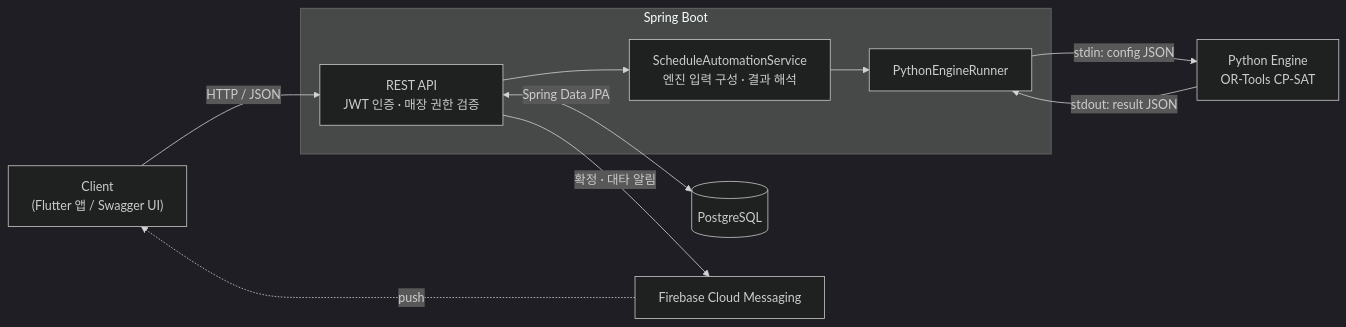
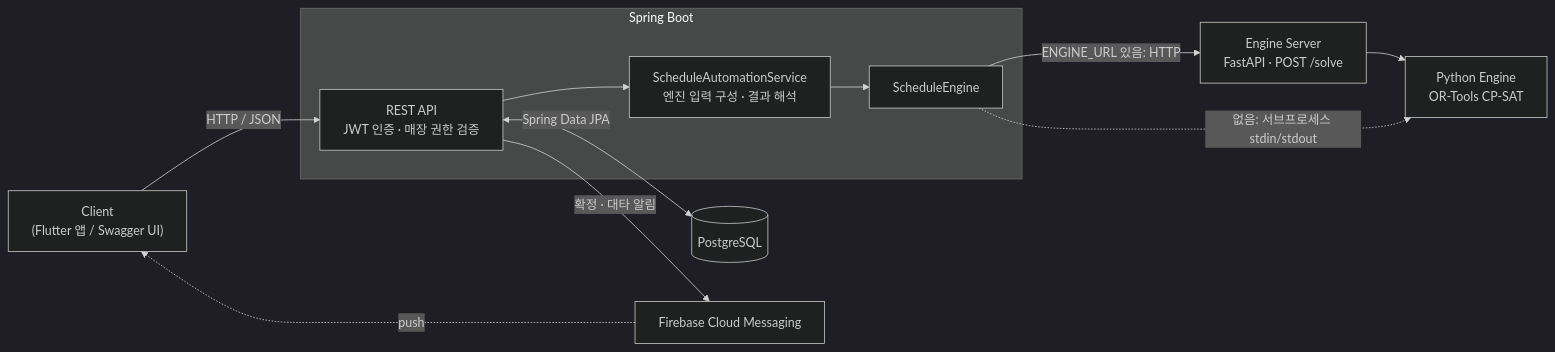
The first of 2 diagrams in README.md (kw-store-scheduler/store-scheduler-backend), drawn with Mermaid (dark theme) before and after one commit. The commit also changed other lines of this file and 12 other files, not shown here.

Commit message:
feat: 최적화 엔진을 FastAPI 서버로 분리하고 백엔드에서 HTTP 호출 지원

````diff
--- a/README.md
+++ b/README.md
@@ -16,20 +16,21 @@
 ```mermaid
 flowchart LR
     Client["Client<br/>(Flutter 앱 / Swagger UI)"]
     subgraph Server["Spring Boot"]
         API["REST API<br/>JWT 인증 · 매장 권한 검증"]
         Auto["ScheduleAutomationService<br/>엔진 입력 구성 · 결과 해석"]
-        Runner["PythonEngineRunner"]
+        Port["ScheduleEngine"]
     end
+    EngineServer["Engine Server<br/>FastAPI · POST /solve"]
     Engine["Python Engine<br/>OR-Tools CP-SAT"]
     DB[("PostgreSQL")]
     FCM["Firebase Cloud Messaging"]
 
     Client -->|"HTTP / JSON"| API
-    API --> Auto --> Runner
-    Runner -->|"stdin: config JSON"| Engine
-    Engine -->|"stdout: result JSON"| Runner
+    API --> Auto --> Port
+    Port -->|"ENGINE_URL 있음: HTTP"| EngineServer --> Engine
+    Port -.->|"없음: 서브프로세스 stdin/stdout"| Engine
     API <-->|"Spring Data JPA"| DB
     API -->|"확정 · 대타 알림"| FCM
     FCM -.->|push| Client
 ```
````
